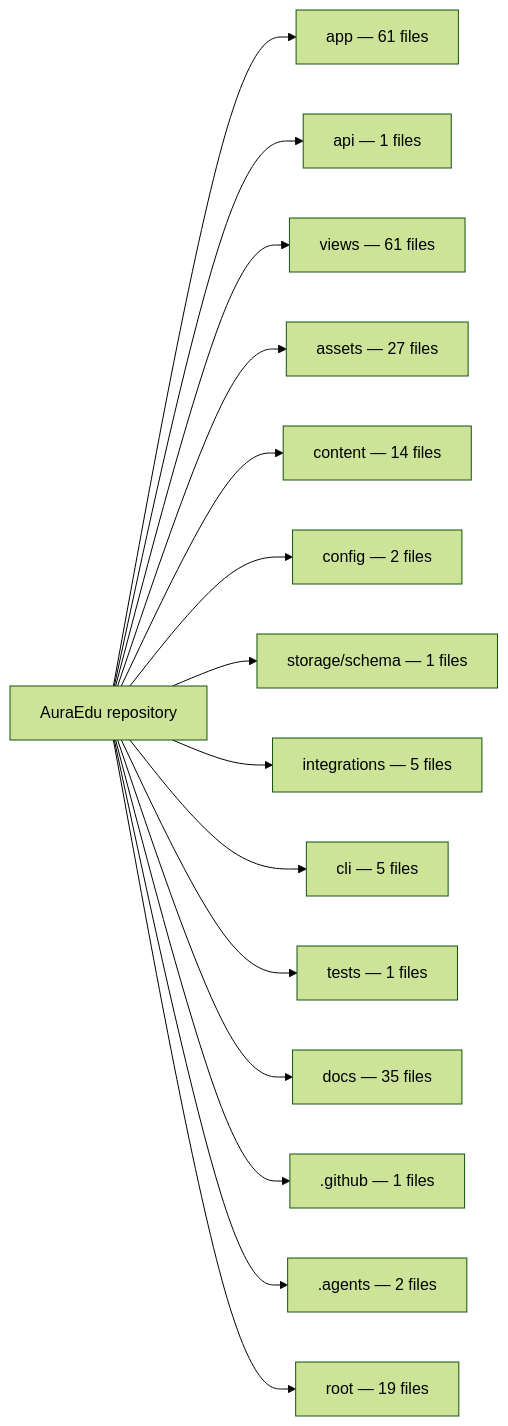
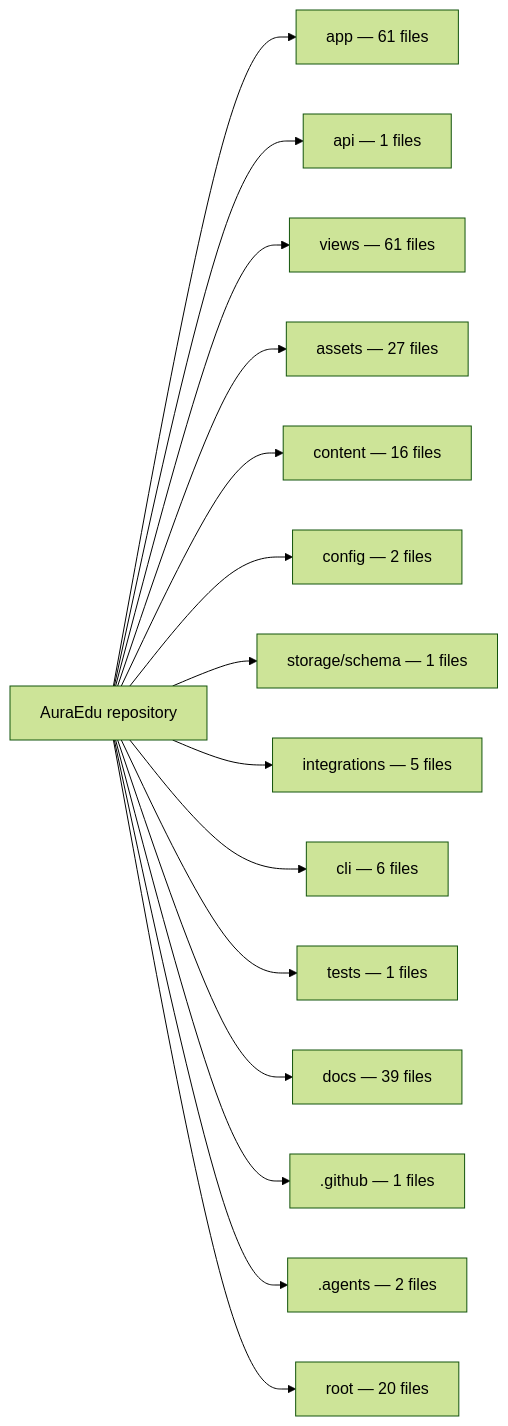
One commit to getwinharris/auraedu changed the diagram in map.mmd. Above: the diagram before and after it, drawn with Mermaid (forest theme). The commit also changed other lines of this file and 11 other files, not shown here.

````diff
--- a/map.mmd
+++ b/map.mmd
@@ -5,32 +5,32 @@
 ```mermaid
 flowchart LR
   root["AuraEdu repository"]
   g_app["app — 61 files"]
   root --> g_app
   g_api["api — 1 files"]
   root --> g_api
   g_views["views — 61 files"]
   root --> g_views
   g_assets["assets — 27 files"]
   root --> g_assets
-  g_content["content — 14 files"]
+  g_content["content — 16 files"]
   root --> g_content
   g_config["config — 2 files"]
   root --> g_config
   g_storage_schema["storage/schema — 1 files"]
   root --> g_storage_schema
   g_integrations["integrations — 5 files"]
   root --> g_integrations
-  g_cli["cli — 5 files"]
+  g_cli["cli — 6 files"]
   root --> g_cli
   g_tests["tests — 1 files"]
   root --> g_tests
-  g_docs["docs — 35 files"]
+  g_docs["docs — 39 files"]
   root --> g_docs
   g__github[".github — 1 files"]
   root --> g__github
   g__agents[".agents — 2 files"]
   root --> g__agents
-  g_root["root — 19 files"]
+  g_root["root — 20 files"]
   root --> g_root
 ```
````
